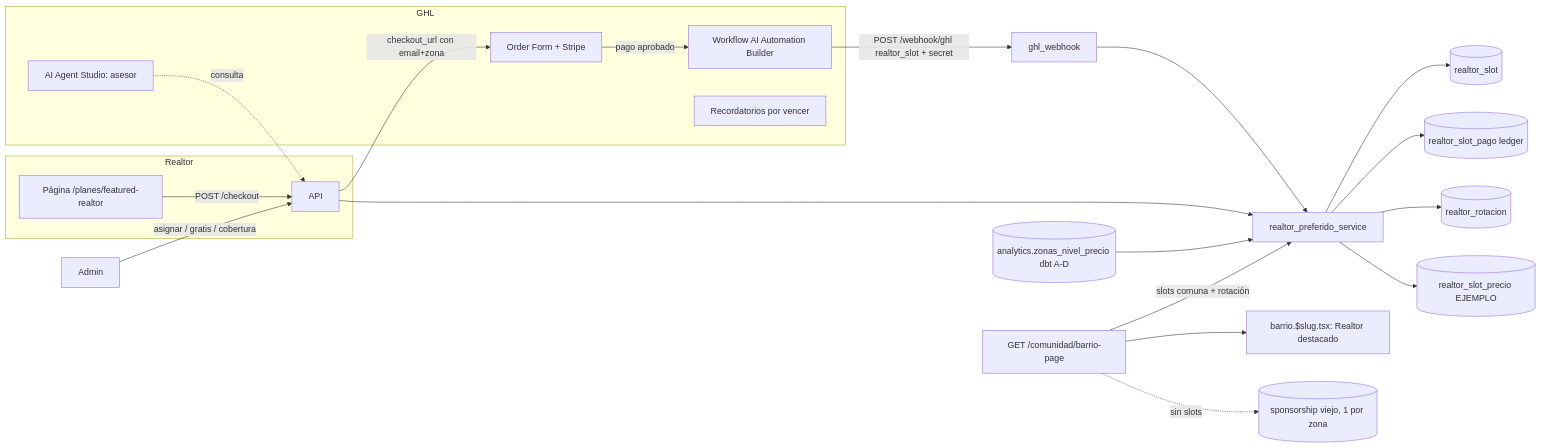
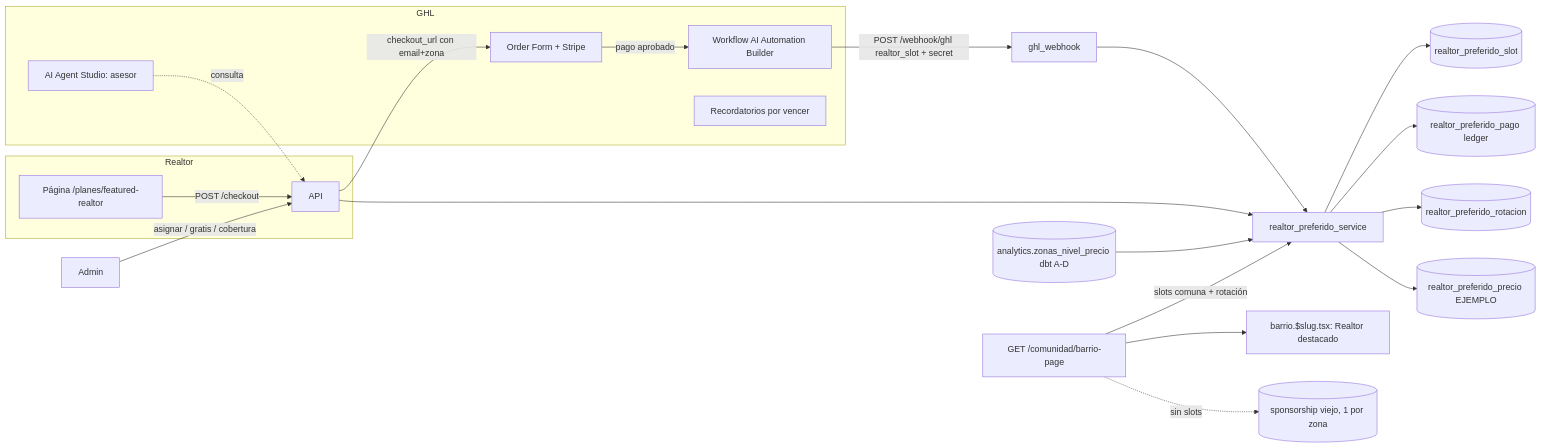
Before and after one commit to Medellin-Social/urbi-map-vision: the diagram in docs/AUDITORIA_REALTOR_PREFERIDO.md, drawn with Mermaid. The commit also changed other lines of this file and 6 other files, not shown here.

First line of the commit message:
feat(realtor): integrar Realtor Preferido con org/main (tablas realtor_preferido_*, migraciones 0128/0129)

````diff
--- a/docs/AUDITORIA_REALTOR_PREFERIDO.md
+++ b/docs/AUDITORIA_REALTOR_PREFERIDO.md
@@ -8,24 +8,24 @@
 ```mermaid
 flowchart LR
   subgraph Realtor
     R1[Página /planes/featured-realtor] -->|POST /checkout| API
   end
   subgraph GHL
     G1[Order Form + Stripe] -->|pago aprobado| G2[Workflow AI Automation Builder]
     G3[AI Agent Studio: asesor] -.consulta.-> API
     G4[Recordatorios por vencer]
   end
   API -->|checkout_url con email+zona| G1
   G2 -->|POST /webhook/ghl realtor_slot + secret| WH[ghl_webhook]
   WH --> SVC[realtor_preferido_service]
   ADM[Admin] -->|asignar / gratis / cobertura| API
   API --> SVC
-  SVC --> T1[(realtor_slot)]
-  SVC --> T2[(realtor_slot_pago ledger)]
-  SVC --> T3[(realtor_rotacion)]
-  SVC --> T4[(realtor_slot_precio EJEMPLO)]
+  SVC --> T1[(realtor_preferido_slot)]
+  SVC --> T2[(realtor_preferido_pago ledger)]
+  SVC --> T3[(realtor_preferido_rotacion)]
+  SVC --> T4[(realtor_preferido_precio EJEMPLO)]
   T5[(analytics.zonas_nivel_precio dbt A-D)] --> SVC
   BP[GET /comunidad/barrio-page] -->|slots comuna + rotación| SVC
   BP --> UI[barrio.$slug.tsx: Realtor destacado]
   BP -.sin slots.-> SP[(sponsorship viejo, 1 por zona)]
 ```
````
